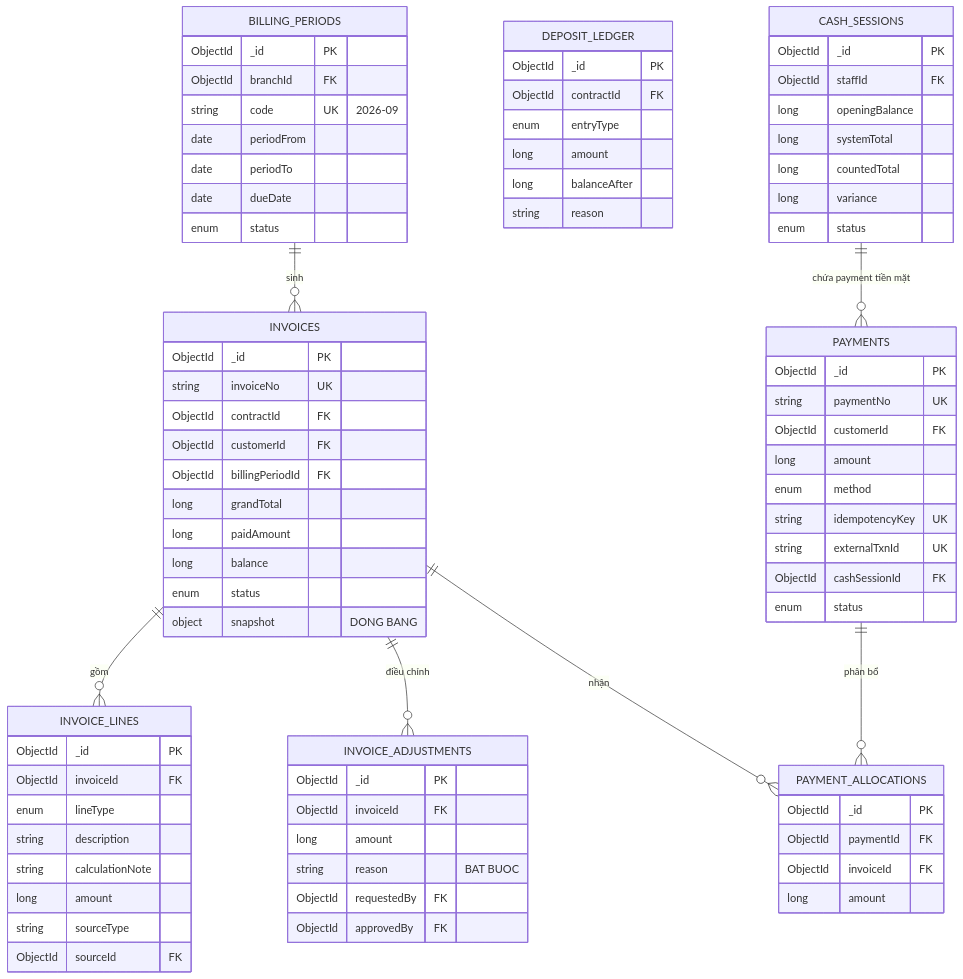
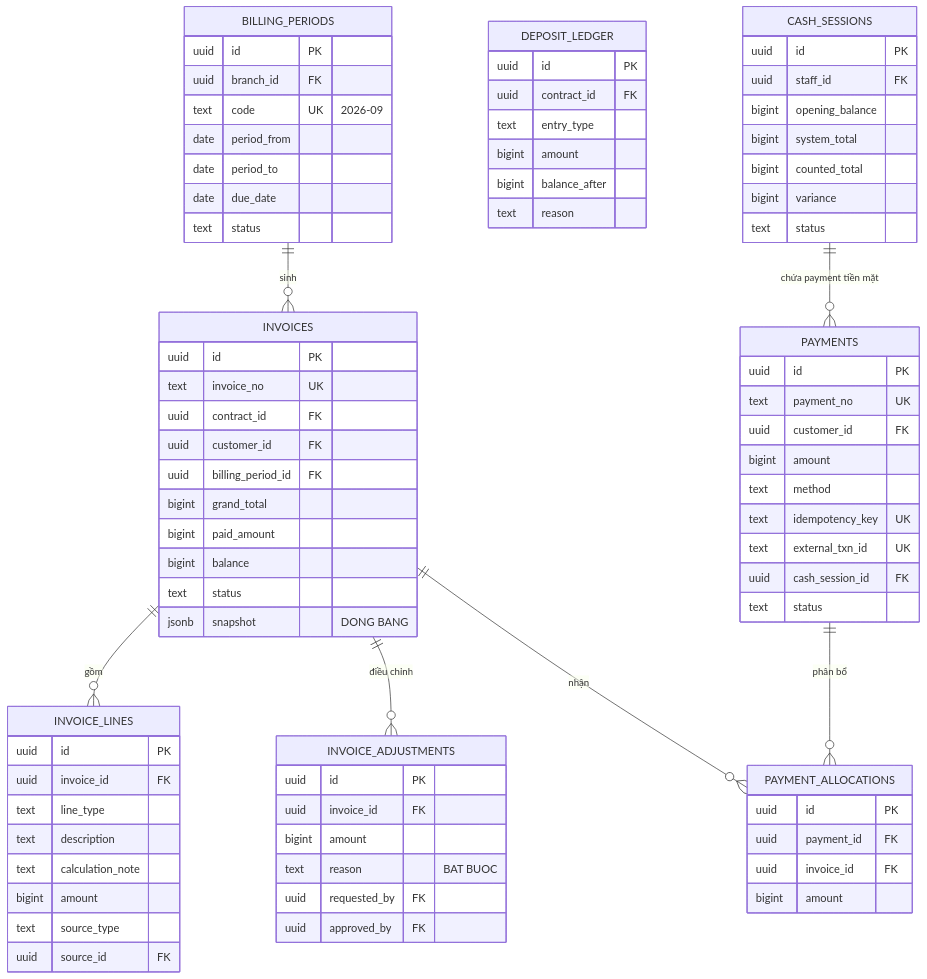
One commit to danglh5902/ktx-cali changed the third of 6 diagrams in docs/13-erd.md. Above: the diagram before and after it, drawn with Mermaid. The commit also changed other lines of this file and 60 other files, not shown here.

````diff
--- a/docs/13-erd.md
+++ b/docs/13-erd.md
@@ -184,84 +183,84 @@
 ```mermaid
 erDiagram
     BILLING_PERIODS {
-        ObjectId _id PK
-        ObjectId branchId FK
-        string code UK "2026-09"
-        date periodFrom
-        date periodTo
-        date dueDate
-        enum status
+        uuid id PK
+        uuid branch_id FK
+        text code UK "2026-09"
+        date period_from
+        date period_to
+        date due_date
+        text status
     }
 
     INVOICES {
-        ObjectId _id PK
-        string invoiceNo UK
-        ObjectId contractId FK
-        ObjectId customerId FK
-        ObjectId billingPeriodId FK
-        long grandTotal
-        long paidAmount
-        long balance
-        enum status
-        object snapshot "DONG BANG"
+        uuid id PK
+        text invoice_no UK
+        uuid contract_id FK
+        uuid customer_id FK
+        uuid billing_period_id FK
+        bigint grand_total
+        bigint paid_amount
+        bigint balance
+        text status
+        jsonb snapshot "DONG BANG"
     }
 
     INVOICE_LINES {
-        ObjectId _id PK
-        ObjectId invoiceId FK
-        enum lineType
-        string description
-        string calculationNote
-        long amount
-        string sourceType
-        ObjectId sourceId FK
+        uuid id PK
+        uuid invoice_id FK
+        text line_type
+        text description
+        text calculation_note
+        bigint amount
+        text source_type
+        uuid source_id FK
     }
 
     INVOICE_ADJUSTMENTS {
-        ObjectId _id PK
-        ObjectId invoiceId FK
-        long amount
-        string reason "BAT BUOC"
-        ObjectId requestedBy FK
-        ObjectId approvedBy FK
+        uuid id PK
+        uuid invoice_id FK
+        bigint amount
+        text reason "BAT BUOC"
+        uuid requested_by FK
+        uuid approved_by FK
     }
 
     PAYMENTS {
-        ObjectId _id PK
-        string paymentNo UK
-        ObjectId customerId FK
-        long amount
-        enum method
-        string idempotencyKey UK
-        string externalTxnId UK
-        ObjectId cashSessionId FK
-        enum status
+        uuid id PK
+        text payment_no UK
+        uuid customer_id FK
+        bigint amount
+        text method
+        text idempotency_key UK
+        text external_txn_id UK
+        uuid cash_session_id FK
+        text status
     }
 
     PAYMENT_ALLOCATIONS {
-        ObjectId _id PK
-        ObjectId paymentId FK
-        ObjectId invoiceId FK
-        long amount
+        uuid id PK
+        uuid payment_id FK
+        uuid invoice_id FK
+        bigint amount
     }
 
     DEPOSIT_LEDGER {
-        ObjectId _id PK
-        ObjectId contractId FK
-        enum entryType
-        long amount
-        long balanceAfter
-        string reason
+        uuid id PK
+        uuid contract_id FK
+        text entry_type
+        bigint amount
+        bigint balance_after
+        text reason
     }
 
     CASH_SESSIONS {
-        ObjectId _id PK
-        ObjectId staffId FK
-        long openingBalance
-        long systemTotal
-        long countedTotal
-        long variance
-        enum status
+        uuid id PK
+        uuid staff_id FK
+        bigint opening_balance
+        bigint system_total
+        bigint counted_total
+        bigint variance
+        text status
     }
 
     BILLING_PERIODS ||--o{ INVOICES : "sinh"
````
